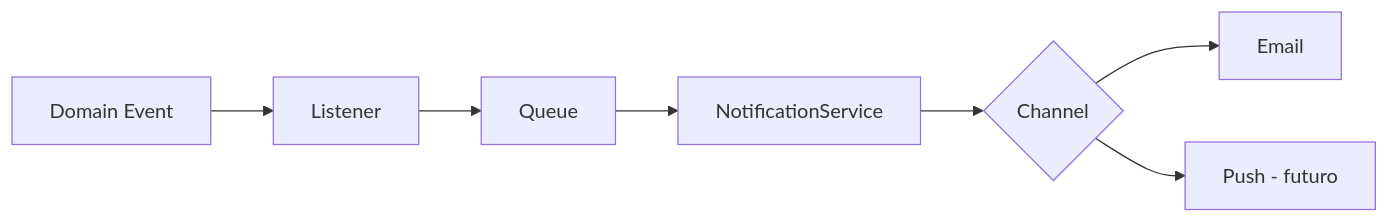
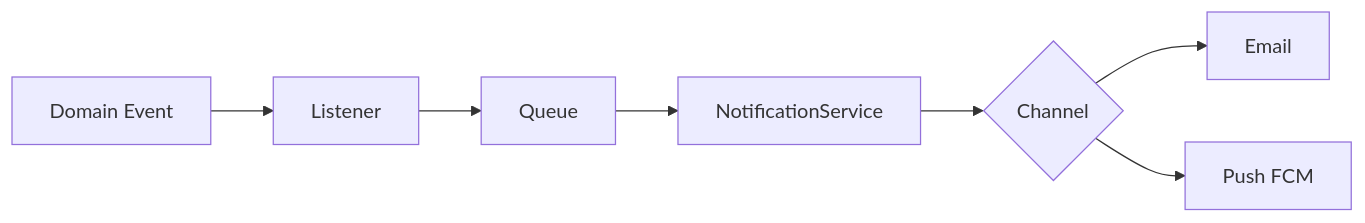
Before and after one commit to Adrian247/noah: the diagram in openspec/architecture/notification-engine.md, drawn with Mermaid. The commit also changed other lines of this file and 256 other files, not shown here.

First line of the commit message:
Ship predictive maintenance, mobile FCM push, and demo/UI polish.

````diff
--- a/openspec/architecture/notification-engine.md
+++ b/openspec/architecture/notification-engine.md
@@ -7,9 +7,9 @@
 ```mermaid
 flowchart LR
   E[Domain Event] --> L[Listener]
   L --> Q[Queue]
   Q --> N[NotificationService]
   N --> C{Channel}
   C --> Email[Email]
-  C --> Push[Push - futuro]
+  C --> Push[Push FCM]
 ```
````
